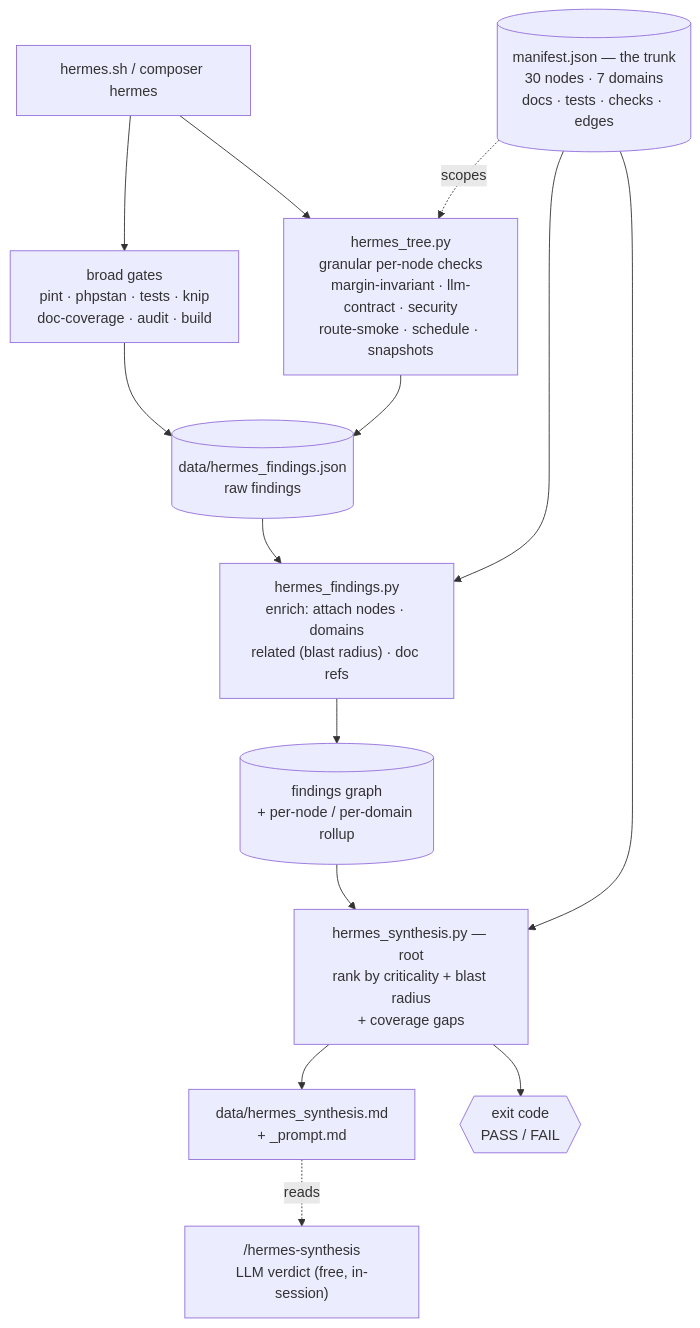
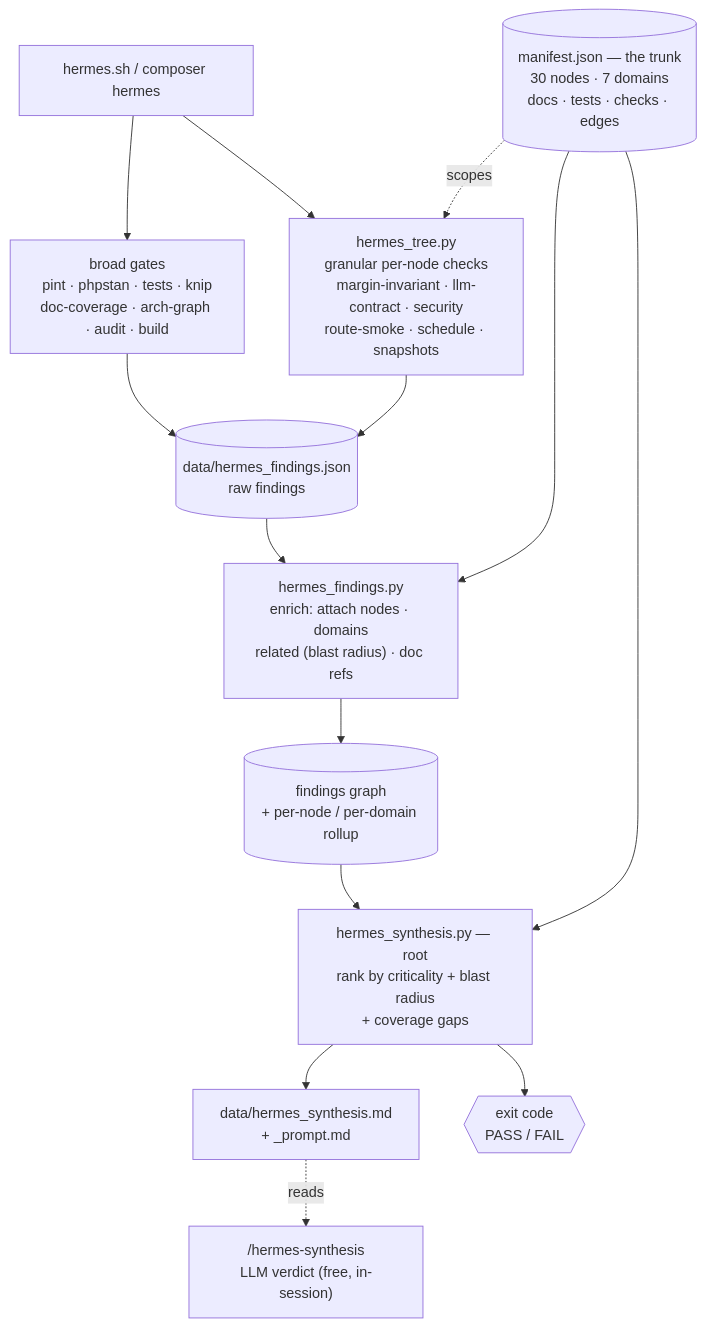
Before and after one commit to Neoptolemospapadiofantous/automation_dashboard: the first of 2 diagrams in docs/hermes/README.md, drawn with Mermaid. The commit also changed other lines of this file and 53 other files, not shown here.

First line of the commit message:
Embed recording, lead-board polish, and a live architecture graph + integrity gate (#25)

````diff
--- a/docs/hermes/README.md
+++ b/docs/hermes/README.md
@@ -19,29 +19,29 @@
 ```mermaid
 flowchart TD
   MAN[("manifest.json — the trunk<br/>30 nodes · 7 domains<br/>docs · tests · checks · edges")]
 
   HS["hermes.sh / composer hermes"]
-  BROAD["broad gates<br/>pint · phpstan · tests · knip<br/>doc-coverage · audit · build"]
+  BROAD["broad gates<br/>pint · phpstan · tests · knip<br/>doc-coverage · arch-graph · audit · build"]
   TREE["hermes_tree.py<br/>granular per-node checks<br/>margin-invariant · llm-contract · security<br/>route-smoke · schedule · snapshots"]
   RAW[("data/hermes_findings.json<br/>raw findings")]
   ENR["hermes_findings.py<br/>enrich: attach nodes · domains<br/>related (blast radius) · doc refs"]
   GRAPH[("findings graph<br/>+ per-node / per-domain rollup")]
   SYN["hermes_synthesis.py — root<br/>rank by criticality + blast radius<br/>+ coverage gaps"]
   BRIEF["data/hermes_synthesis.md<br/>+ _prompt.md"]
   VERDICT{{"exit code<br/>PASS / FAIL"}}
   LLM["/hermes-synthesis<br/>LLM verdict (free, in-session)"]
 
   HS --> BROAD
   HS --> TREE
   MAN -. scopes .-> TREE
   BROAD --> RAW
   TREE --> RAW
   RAW --> ENR
   MAN --> ENR
   ENR --> GRAPH
   GRAPH --> SYN
   MAN --> SYN
   SYN --> BRIEF
   SYN --> VERDICT
   BRIEF -. reads .-> LLM
 ```
````
